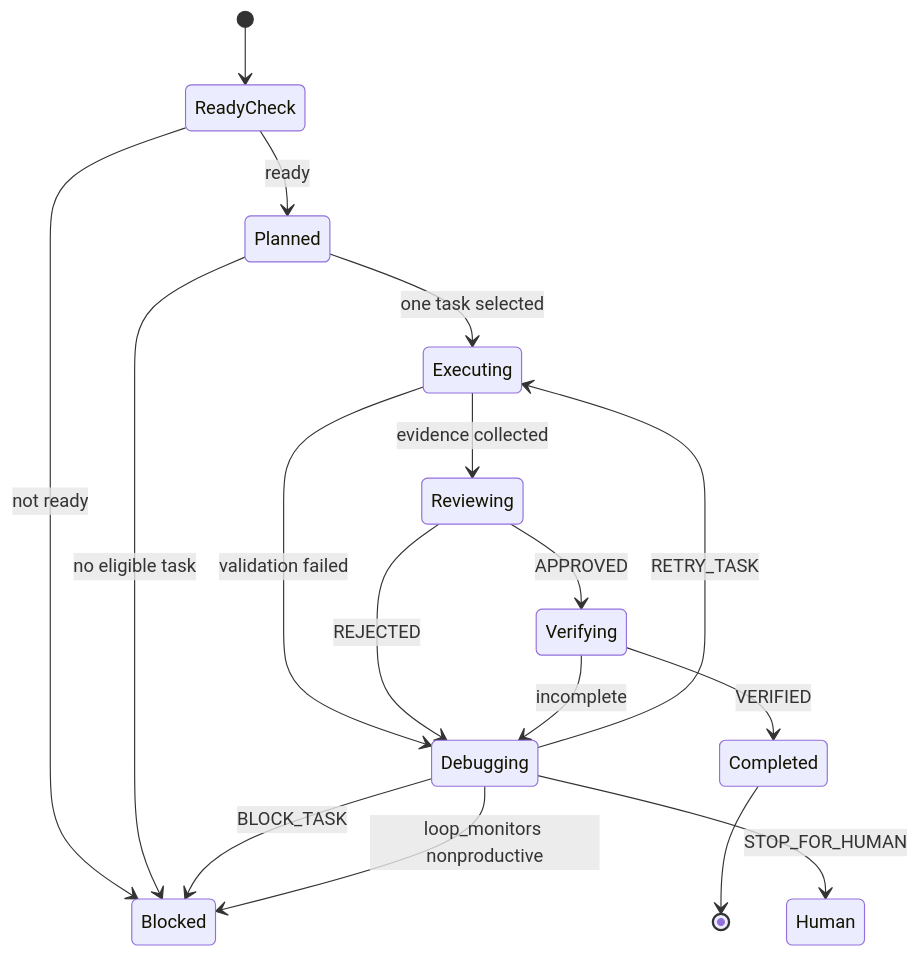
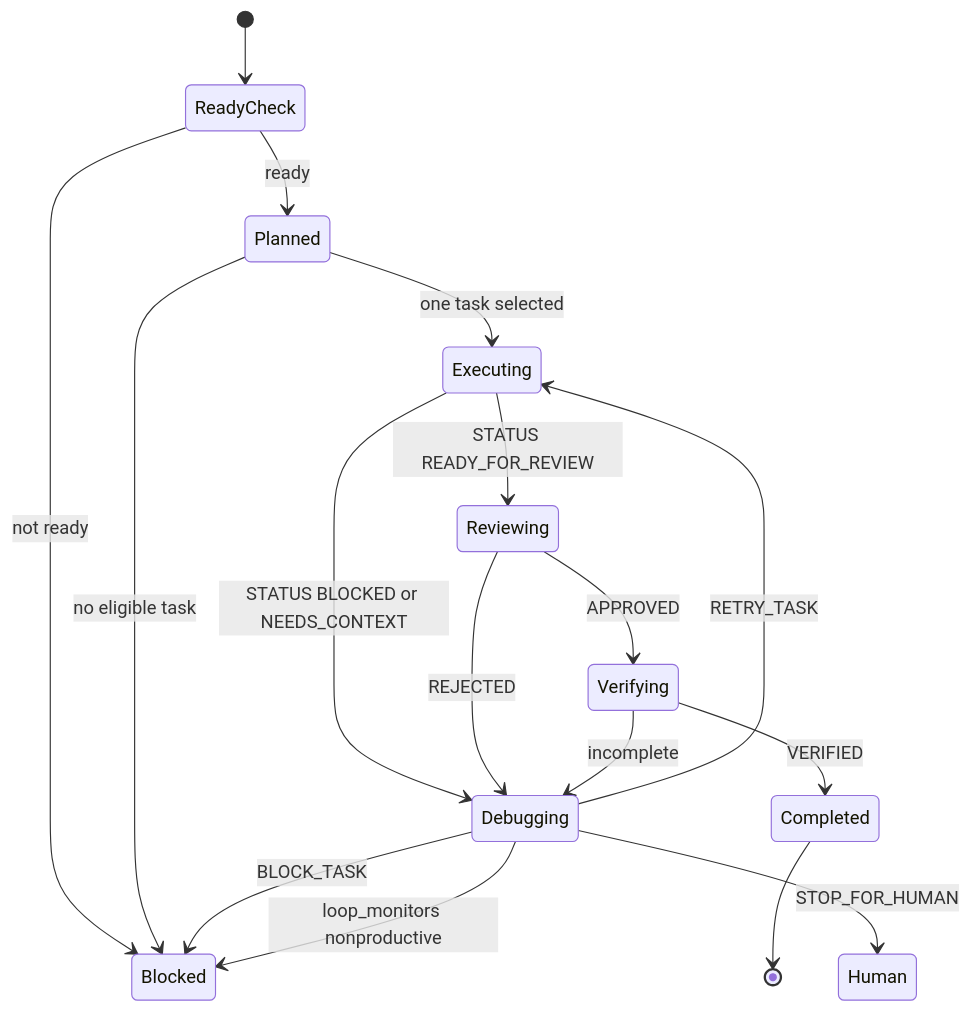
One commit to j5ik2o/takt-sdd changed the third of 3 diagrams in .kiro/specs/kiro-iterative-implementation-workflow/design.md. Above: the diagram before and after it, drawn with Mermaid. The commit also changed other lines of this file and 28 other files, not shown here.

````diff
--- a/.kiro/specs/kiro-iterative-implementation-workflow/design.md
+++ b/.kiro/specs/kiro-iterative-implementation-workflow/design.md
@@ -241,19 +246,19 @@
 ```mermaid
 stateDiagram-v2
     [*] --> ReadyCheck
     ReadyCheck --> Blocked: not ready
     ReadyCheck --> Planned: ready
     Planned --> Executing: one task selected
     Planned --> Blocked: no eligible task
-    Executing --> Reviewing: evidence collected
-    Executing --> Debugging: validation failed
+    Executing --> Reviewing: STATUS READY_FOR_REVIEW
+    Executing --> Debugging: STATUS BLOCKED or NEEDS_CONTEXT
     Reviewing --> Verifying: APPROVED
     Reviewing --> Debugging: REJECTED
     Debugging --> Executing: RETRY_TASK
     Debugging --> Blocked: BLOCK_TASK
     Debugging --> Human: STOP_FOR_HUMAN
     Debugging --> Blocked: loop_monitors nonproductive
     Verifying --> Completed: VERIFIED
     Verifying --> Debugging: incomplete
     Completed --> [*]
 ```
````
